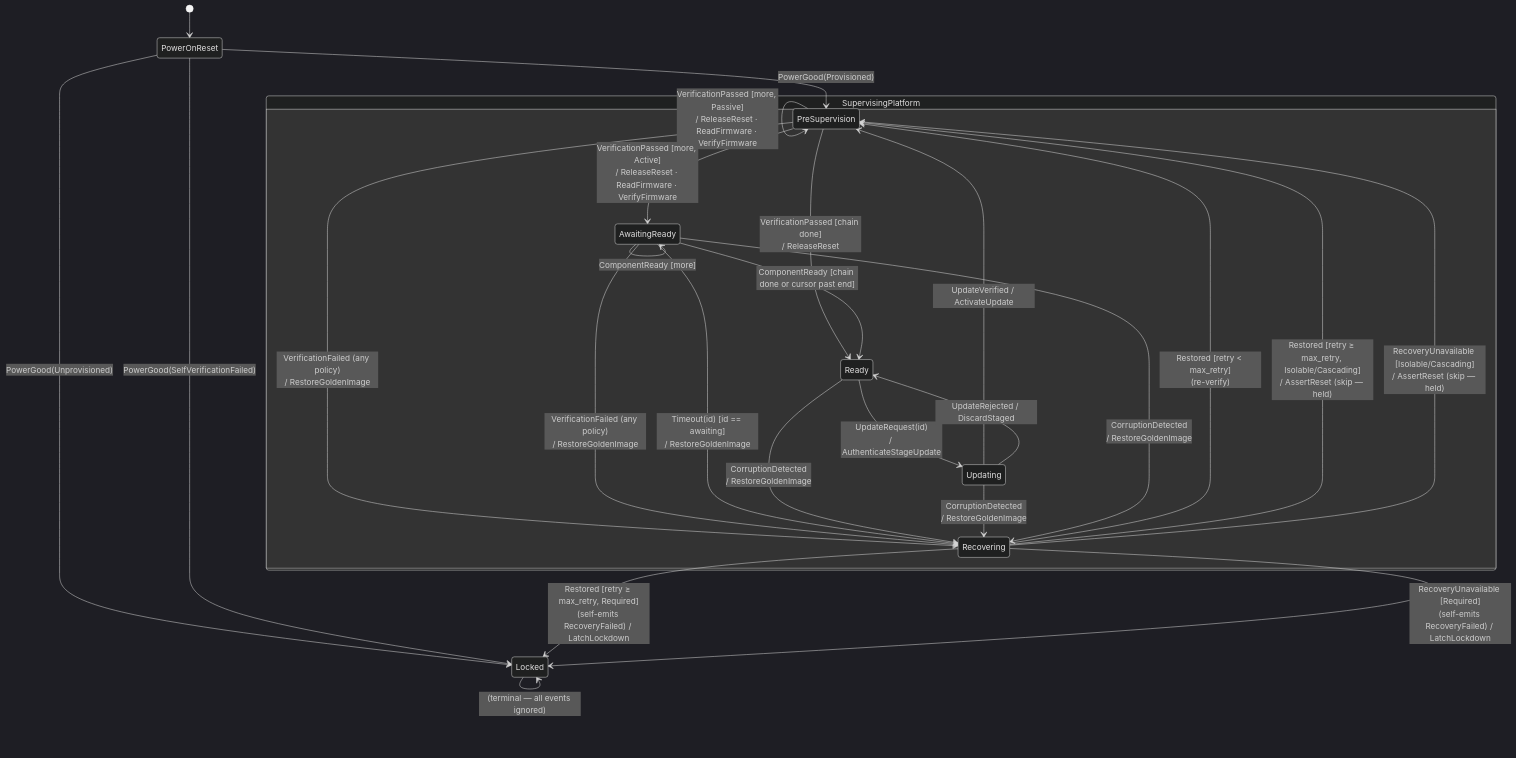
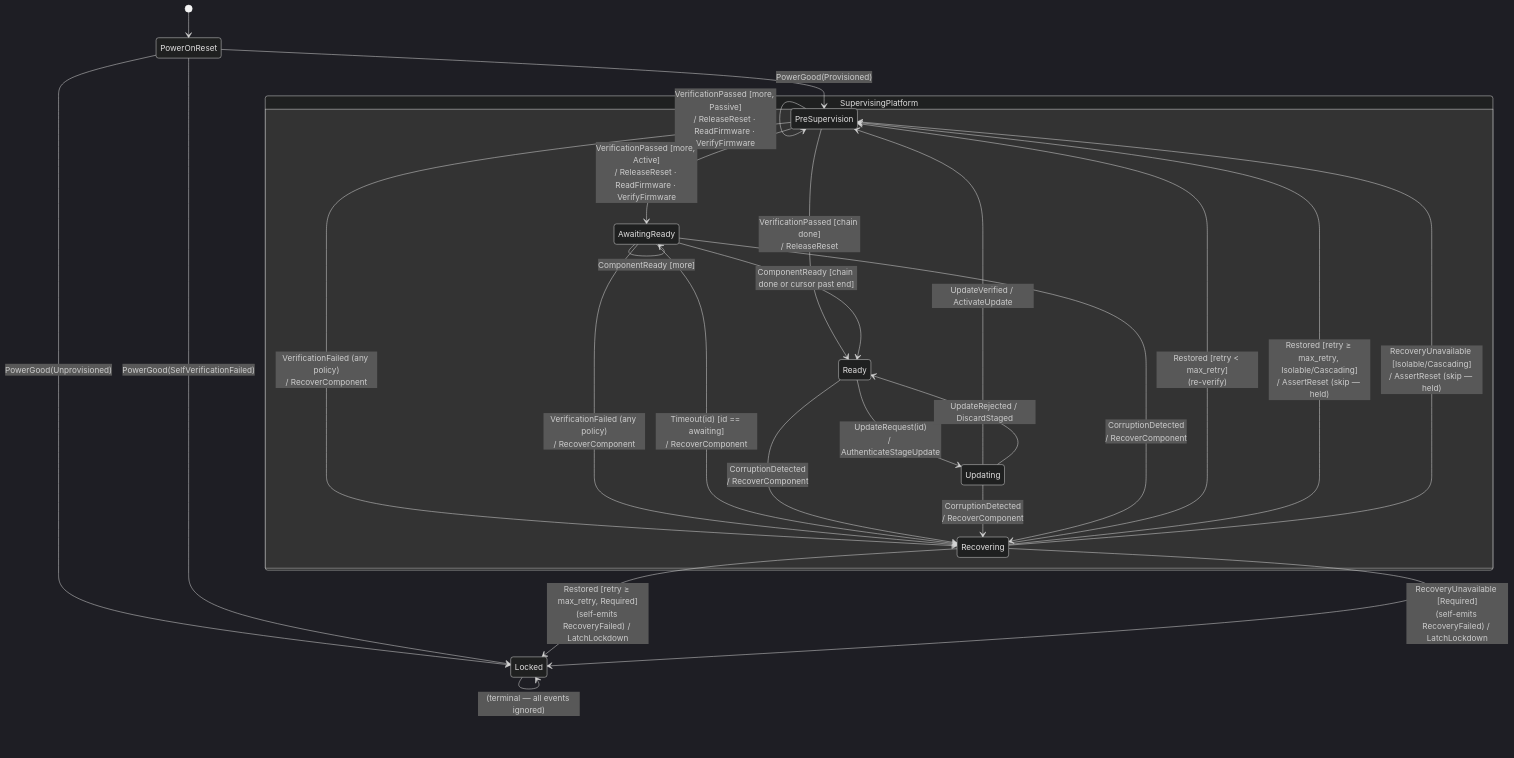
The diagram in docs/src/design/orchestrator/orchestrator-machine.md (OpenPRoT/openprot), drawn with Mermaid (dark theme) before and after one commit. The commit also changed other lines of this file and 2 other files, not shown here.

Commit message:
docs: Call the recovery effect RecoverComponent
The orchestrator design docs still name the effect `RestoreGoldenImage`.
The state machine emits `Effect::RecoverComponent { id, attempt }`, and the
golden image is one of several sources the driver may resolve, so the old
name also claims more than the effect says.

Both call-style mentions go with it: the entry action now shows the struct
fields, and orchestrator-model.md drops the tuple parentheses.

````diff
--- a/docs/src/design/orchestrator/orchestrator-machine.md
+++ b/docs/src/design/orchestrator/orchestrator-machine.md
@@ -7,35 +7,35 @@
 ```mermaid
 stateDiagram-v2
     [*] --> PowerOnReset
 
     PowerOnReset --> PreSupervision : PowerGood(Provisioned)
     PowerOnReset --> Locked             : PowerGood(Unprovisioned)
     PowerOnReset --> Locked             : PowerGood(SelfVerificationFailed)
 
     PreSupervision --> PreSupervision : VerificationPassed [more, Passive]<br/>/ ReleaseReset · ReadFirmware · VerifyFirmware
     PreSupervision --> AwaitingReady     : VerificationPassed [more, Active]<br/>/ ReleaseReset · ReadFirmware · VerifyFirmware
     PreSupervision --> Ready             : VerificationPassed [chain done]<br/>/ ReleaseReset
-    PreSupervision --> Recovering        : VerificationFailed (any policy)<br/>/ RestoreGoldenImage
+    PreSupervision --> Recovering        : VerificationFailed (any policy)<br/>/ RecoverComponent
 
     AwaitingReady --> AwaitingReady : VerificationPassed [more]<br/>/ ReleaseReset · ReadFirmware · VerifyFirmware
     AwaitingReady --> Ready         : ComponentReady [chain done or cursor past end]
     AwaitingReady --> AwaitingReady : ComponentReady [more]
-    AwaitingReady --> Recovering    : VerificationFailed (any policy)<br/>/ RestoreGoldenImage
-    AwaitingReady --> Recovering    : Timeout(id) [id == awaiting]<br/>/ RestoreGoldenImage
+    AwaitingReady --> Recovering    : VerificationFailed (any policy)<br/>/ RecoverComponent
+    AwaitingReady --> Recovering    : Timeout(id) [id == awaiting]<br/>/ RecoverComponent
 
     state SupervisingPlatform {
         Ready         --> Updating      : UpdateRequest(id)<br/>/ AuthenticateStageUpdate
         Updating      --> PreSupervision : UpdateVerified / ActivateUpdate
         Updating      --> Ready         : UpdateRejected / DiscardStaged
-        Ready         --> Recovering    : CorruptionDetected<br/>/ RestoreGoldenImage
-        Updating      --> Recovering    : CorruptionDetected<br/>/ RestoreGoldenImage
-        AwaitingReady --> Recovering    : CorruptionDetected<br/>/ RestoreGoldenImage
+        Ready         --> Recovering    : CorruptionDetected<br/>/ RecoverComponent
+        Updating      --> Recovering    : CorruptionDetected<br/>/ RecoverComponent
+        AwaitingReady --> Recovering    : CorruptionDetected<br/>/ RecoverComponent
     }
 
     Recovering --> PreSupervision : Restored [retry < max_retry]<br/>(re-verify)
     Recovering --> PreSupervision : Restored [retry ≥ max_retry, Isolable/Cascading]<br/>/ AssertReset (skip — held)
     Recovering --> Locked    : Restored [retry ≥ max_retry, Required]<br/>(self-emits RecoveryFailed) / LatchLockdown
     Recovering --> PreSupervision : RecoveryUnavailable [Isolable/Cascading]<br/>/ AssertReset (skip — held)
     Recovering --> Locked    : RecoveryUnavailable [Required]<br/>(self-emits RecoveryFailed) / LatchLockdown
     Locked     --> Locked    : (terminal — all events ignored)
 ```
````
